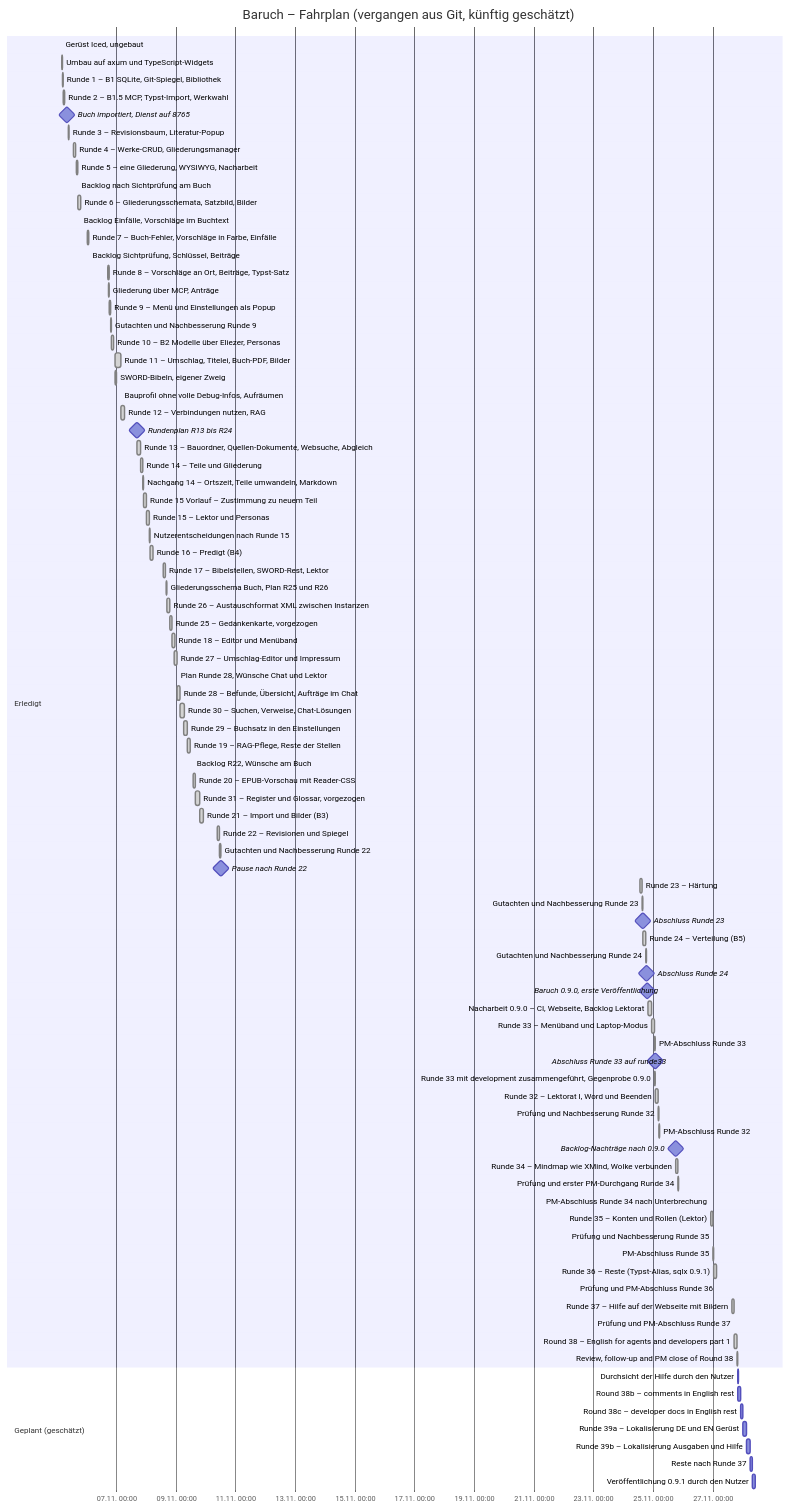
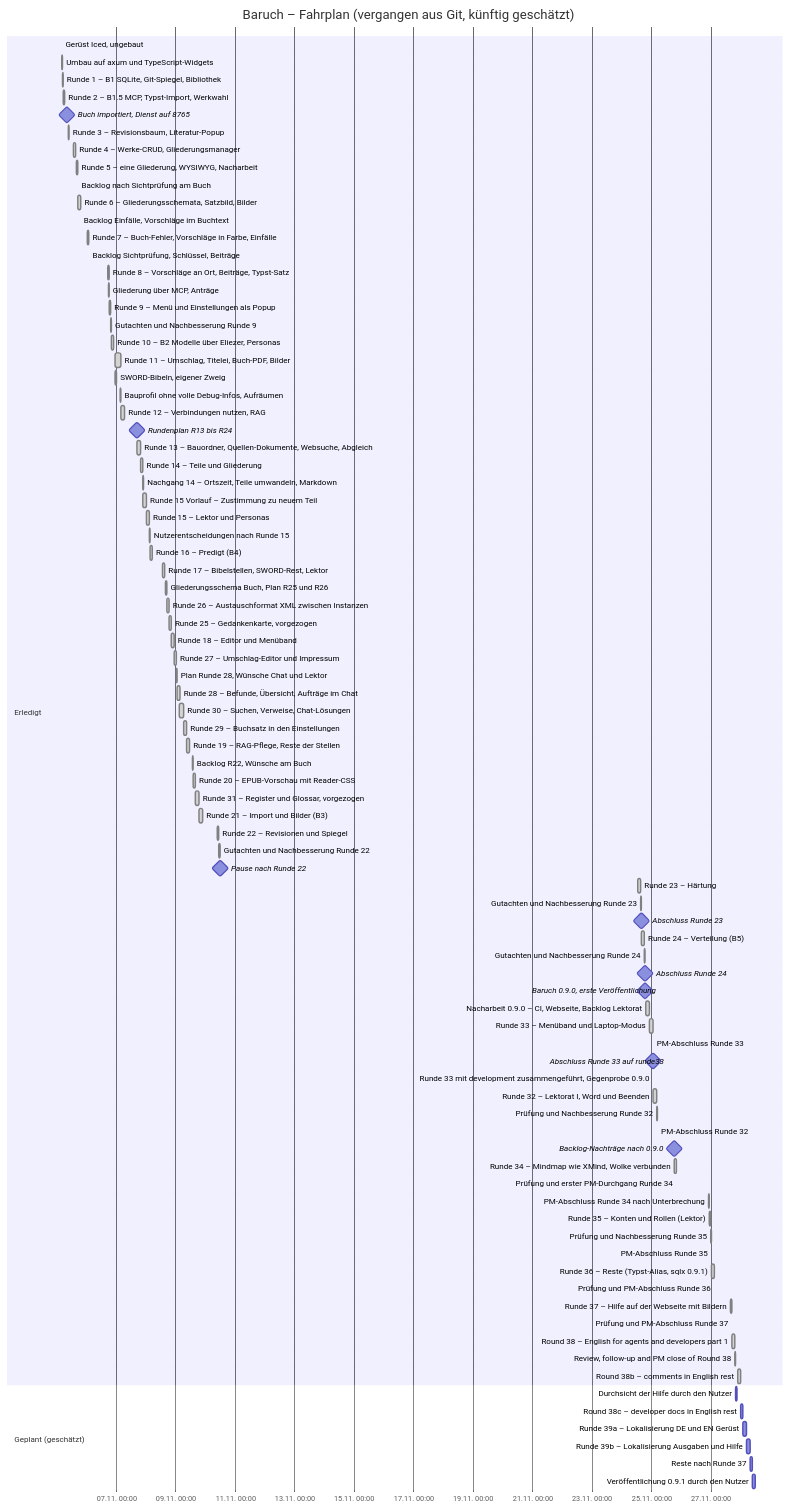
The diagram in docs/Fahrplan.md (Beerlesklopfer/baruch), drawn with Mermaid before and after one commit. The commit also changed other lines of this file and 7 other files, not shown here.

First line of the commit message:
Round 38b integrated: all comments in English, narrow allow list, baruch-rag library comments

```diff
--- a/docs/Fahrplan.md
+++ b/docs/Fahrplan.md
@@ -102,9 +102,10 @@
     Round 38 – English for agents and developers part 1 :done, r38, 2026-11-27 17:14, 137m
     Review, follow-up and PM close of Round 38    :done, r38p, 2026-11-27 19:31, 25m
 
+    Round 38b – comments in English rest          :done, r38b, 2026-11-27 21:46, 140m
+
     section Geplant (geschätzt)
     Durchsicht der Hilfe durch den Nutzer         :dh37, after r38p, 60m
-    Round 38b – comments in English rest          :r38b, after r38p, 150m
     Round 38c – developer docs in English rest    :r38c, after r38b, 120m
     Runde 39a – Lokalisierung DE und EN Gerüst    :r39a, after r38c, 180m
     Runde 39b – Lokalisierung Ausgaben und Hilfe  :r39b, after r39a, 180m
```
